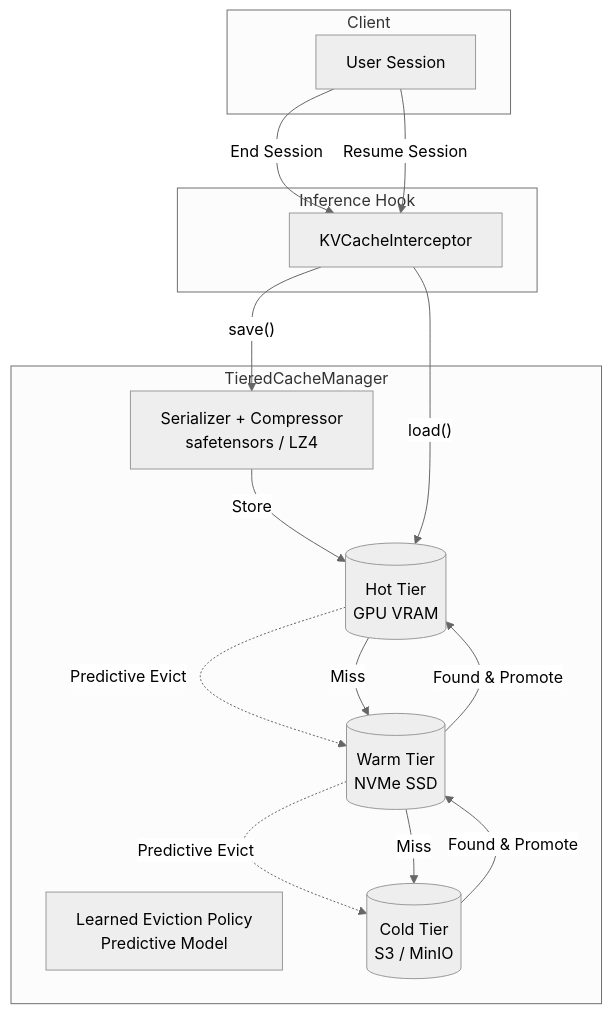
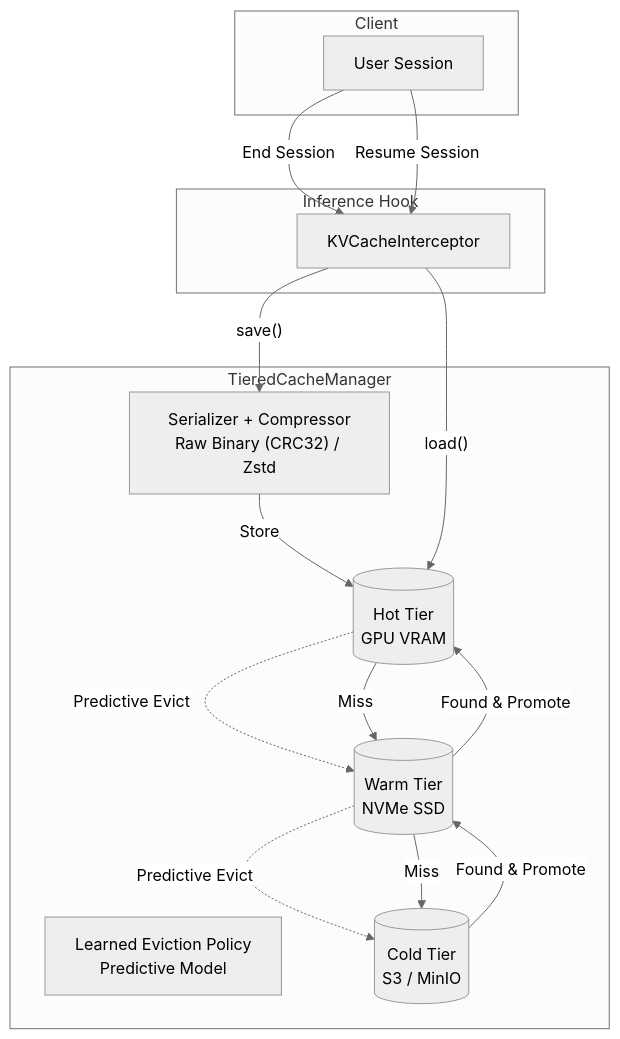
One commit to aditya-lawankar/kv-cache-tier-persistence changed the diagram in README.md. Above: the diagram before and after it, drawn with Mermaid (neutral theme). The commit also changed other lines of this file and 6 other files, not shown here.

````diff
--- a/README.md
+++ b/README.md
@@ -55,33 +95,33 @@
 ```mermaid
 flowchart TD
     subgraph Client
         U["User Session"]
     end
 
     subgraph "Inference Hook"
         I["KVCacheInterceptor"]
     end
 
     subgraph TieredCacheManager
         E["Learned Eviction Policy<br/>Predictive Model"]
-        S["Serializer + Compressor<br/>safetensors / LZ4"]
+        S["Serializer + Compressor<br/>Raw Binary (CRC32) / Zstd"]
 
         H[("Hot Tier<br/>GPU VRAM")]
         W[("Warm Tier<br/>NVMe SSD")]
         C[("Cold Tier<br/>S3 / MinIO")]
     end
 
     U -->|"End Session"| I
     I -->|"save()"| S
     S -->|"Store"| H
 
     H -.->|"Predictive Evict"| W
     W -.->|"Predictive Evict"| C
 
     U -->|"Resume Session"| I
     I -->|"load()"| H
     H -->|"Miss"| W
     W -->|"Miss"| C
     C -->|"Found & Promote"| W
     W -->|"Found & Promote"| H
 ```
````
